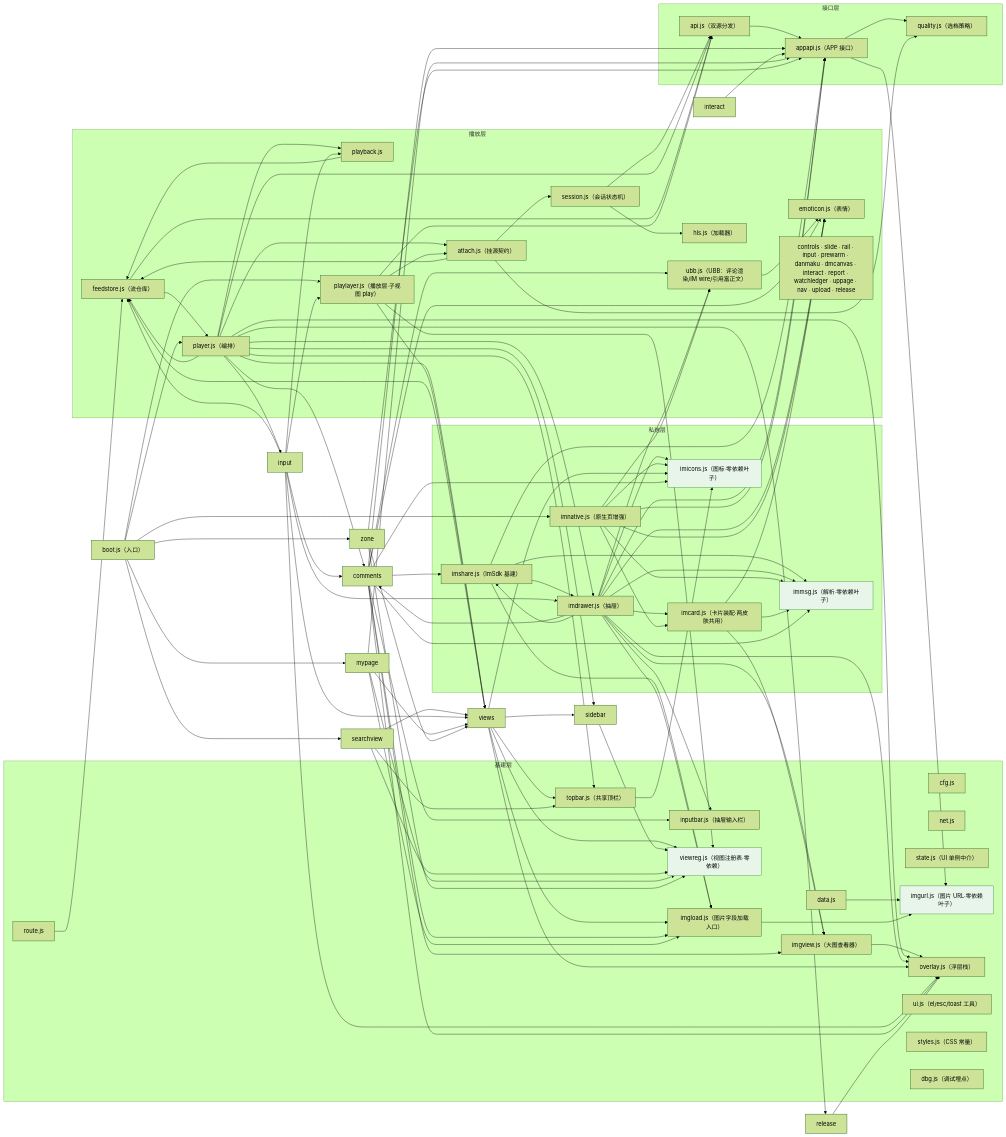
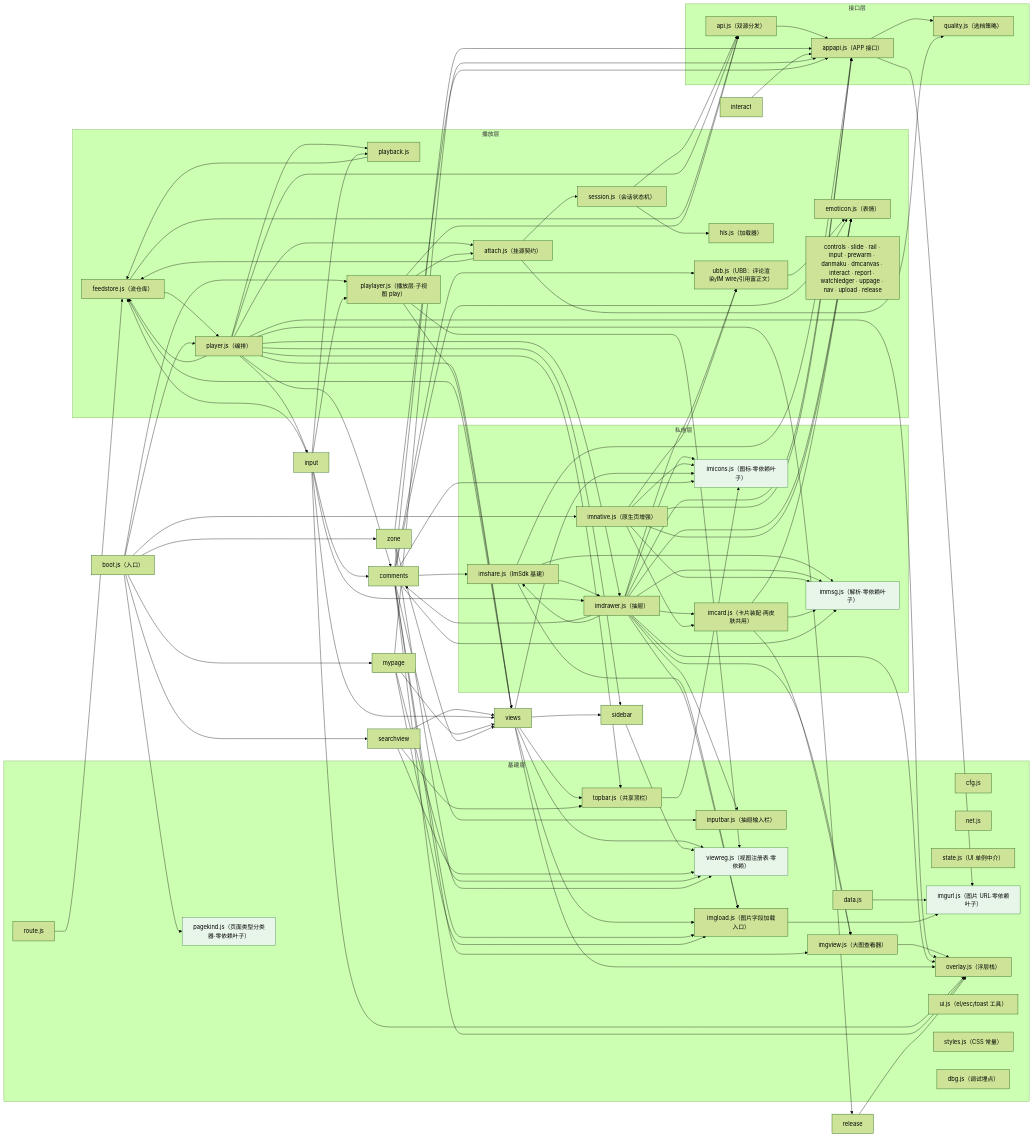
Before and after one commit to name-xxl/acfun-svfeed: the diagram in README.md, drawn with Mermaid (forest theme). The commit also changed other lines of this file and 15 other files, not shown here.

````diff
--- a/README.md
+++ b/README.md
@@ -323,6 +324,7 @@
     imgview["imgview.js（大图查看器）"]
     inputbar["inputbar.js（抽屉输入栏）"]
     imgurl["imgurl.js（图片 URL·零依赖叶子）"]
+    pagekind["pagekind.js（页面类型分类器·零依赖叶子）"]
     viewreg["viewreg.js（视图注册表·零依赖）"]
     imgload["imgload.js（图片字段加载入口）"]
     overlay["overlay.js（浮层栈）"]
@@ -380,7 +382,7 @@
   imdrawer --> appapi & comments & emoticon & imcard & imgload & imgview & imicons & immsg & imshare & inputbar & overlay & ubb
   imnative --> appapi & emoticon & imcard & imicons & immsg & ubb
   imcard --> emoticon & imgview & immsg
-  boot --> imnative & mypage & player & playlayer & searchview & zone
+  boot --> imnative & mypage & pagekind & player & playlayer & searchview & zone
   views --> feedstore & imgload & imicons & overlay & sidebar & topbar & viewreg
   sidebar --> viewreg
   searchview --> topbar & viewreg & views
@@ -392,5 +394,5 @@
   zone --> appapi & viewreg & views
 
   classDef leaf fill:#e8f5e9,stroke:#2e7d32;
-  class immsg,imicons,imgurl,viewreg leaf;
+  class immsg,imicons,imgurl,pagekind,viewreg leaf;
 ```
````
